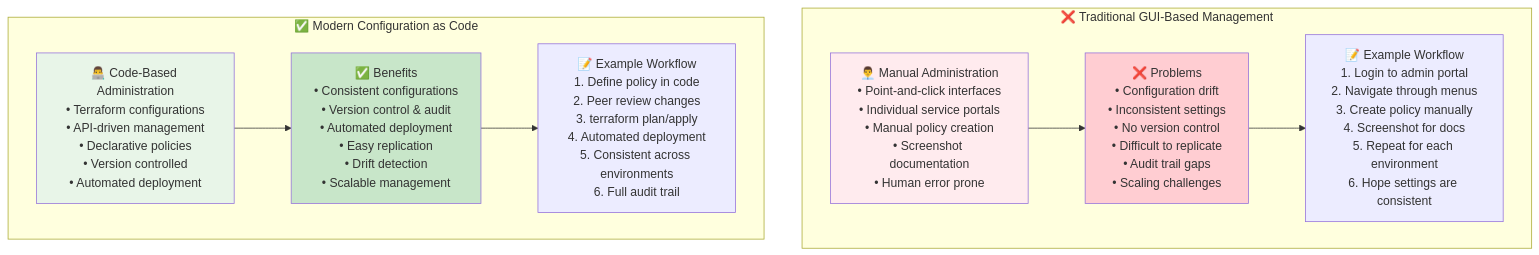
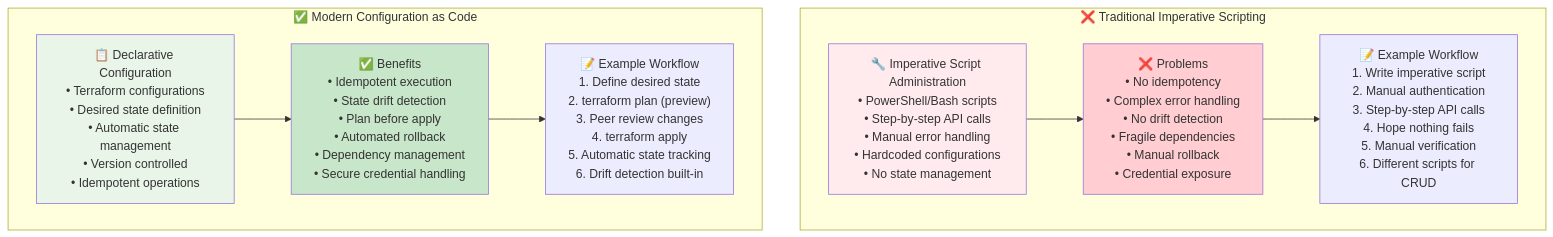
Before and after one commit to simondbrooke/terraform-training-jamfpro: the second of 6 diagrams in training_materials/terraform/module_02_configuration_as_code_concepts.md, drawn with Mermaid. The commit also changed other lines of this file, not shown here.

````diff
--- a/training_materials/terraform/module_02_configuration_as_code_concepts.md
+++ b/training_materials/terraform/module_02_configuration_as_code_concepts.md
@@ -70,25 +70,25 @@
 ```mermaid
 graph TB
-    subgraph "❌ Traditional GUI-Based Management"
-        GUI_ADMIN["👨‍💼 Manual Administration<br/>• Point-and-click interfaces<br/>• Individual service portals<br/>• Manual policy creation<br/>• Screenshot documentation<br/>• Human error prone"]
-        GUI_PROBLEMS["❌ Problems<br/>• Configuration drift<br/>• Inconsistent settings<br/>• No version control<br/>• Difficult to replicate<br/>• Audit trail gaps<br/>• Scaling challenges"]
-        GUI_EXAMPLE["📝 Example Workflow<br/>1. Login to admin portal<br/>2. Navigate through menus<br/>3. Create policy manually<br/>4. Screenshot for docs<br/>5. Repeat for each environment<br/>6. Hope settings are consistent"]
+    subgraph "❌ Traditional Imperative Scripting"
+        SCRIPT_ADMIN["🔧 Imperative Script Administration<br/>• PowerShell/Bash scripts<br/>• Step-by-step API calls<br/>• Manual error handling<br/>• Hardcoded configurations<br/>• No state management"]
+        SCRIPT_PROBLEMS["❌ Problems<br/>• No idempotency<br/>• Complex error handling<br/>• No drift detection<br/>• Fragile dependencies<br/>• Manual rollback<br/>• Credential exposure"]
+        SCRIPT_EXAMPLE["📝 Example Workflow<br/>1. Write imperative script<br/>2. Manual authentication<br/>3. Step-by-step API calls<br/>4. Hope nothing fails<br/>5. Manual verification<br/>6. Different scripts for CRUD"]
     end
     
     subgraph "✅ Modern Configuration as Code"
-        CAC_ADMIN["👨‍💻 Code-Based Administration<br/>• Terraform configurations<br/>• API-driven management<br/>• Declarative policies<br/>• Version controlled<br/>• Automated deployment"]
-        CAC_BENEFITS["✅ Benefits<br/>• Consistent configurations<br/>• Version control & audit<br/>• Automated deployment<br/>• Easy replication<br/>• Drift detection<br/>• Scalable management"]
-        CAC_EXAMPLE["📝 Example Workflow<br/>1. Define policy in code<br/>2. Peer review changes<br/>3. terraform plan/apply<br/>4. Automated deployment<br/>5. Consistent across environments<br/>6. Full audit trail"]
+        CAC_ADMIN["📋 Declarative Configuration<br/>• Terraform configurations<br/>• Desired state definition<br/>• Automatic state management<br/>• Version controlled<br/>• Idempotent operations"]
+        CAC_BENEFITS["✅ Benefits<br/>• Idempotent execution<br/>• State drift detection<br/>• Plan before apply<br/>• Automated rollback<br/>• Dependency management<br/>• Secure credential handling"]
+        CAC_EXAMPLE["📝 Example Workflow<br/>1. Define desired state<br/>2. terraform plan (preview)<br/>3. Peer review changes<br/>4. terraform apply<br/>5. Automatic state tracking<br/>6. Drift detection built-in"]
     end
     
-    GUI_ADMIN --> GUI_PROBLEMS
-    GUI_PROBLEMS --> GUI_EXAMPLE
+    SCRIPT_ADMIN --> SCRIPT_PROBLEMS
+    SCRIPT_PROBLEMS --> SCRIPT_EXAMPLE
     
     CAC_ADMIN --> CAC_BENEFITS
     CAC_BENEFITS --> CAC_EXAMPLE
     
-    style GUI_ADMIN fill:#ffebee
-    style GUI_PROBLEMS fill:#ffcdd2
+    style SCRIPT_ADMIN fill:#ffebee
+    style SCRIPT_PROBLEMS fill:#ffcdd2
     style CAC_ADMIN fill:#e8f5e8
     style CAC_BENEFITS fill:#c8e6c9
 ```
````
